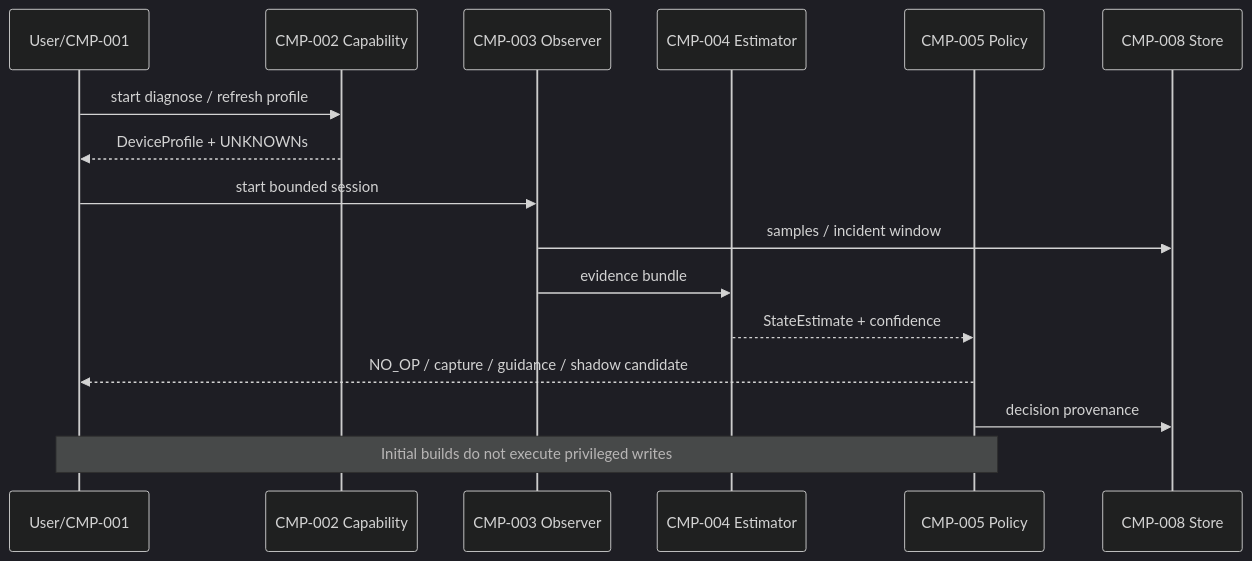
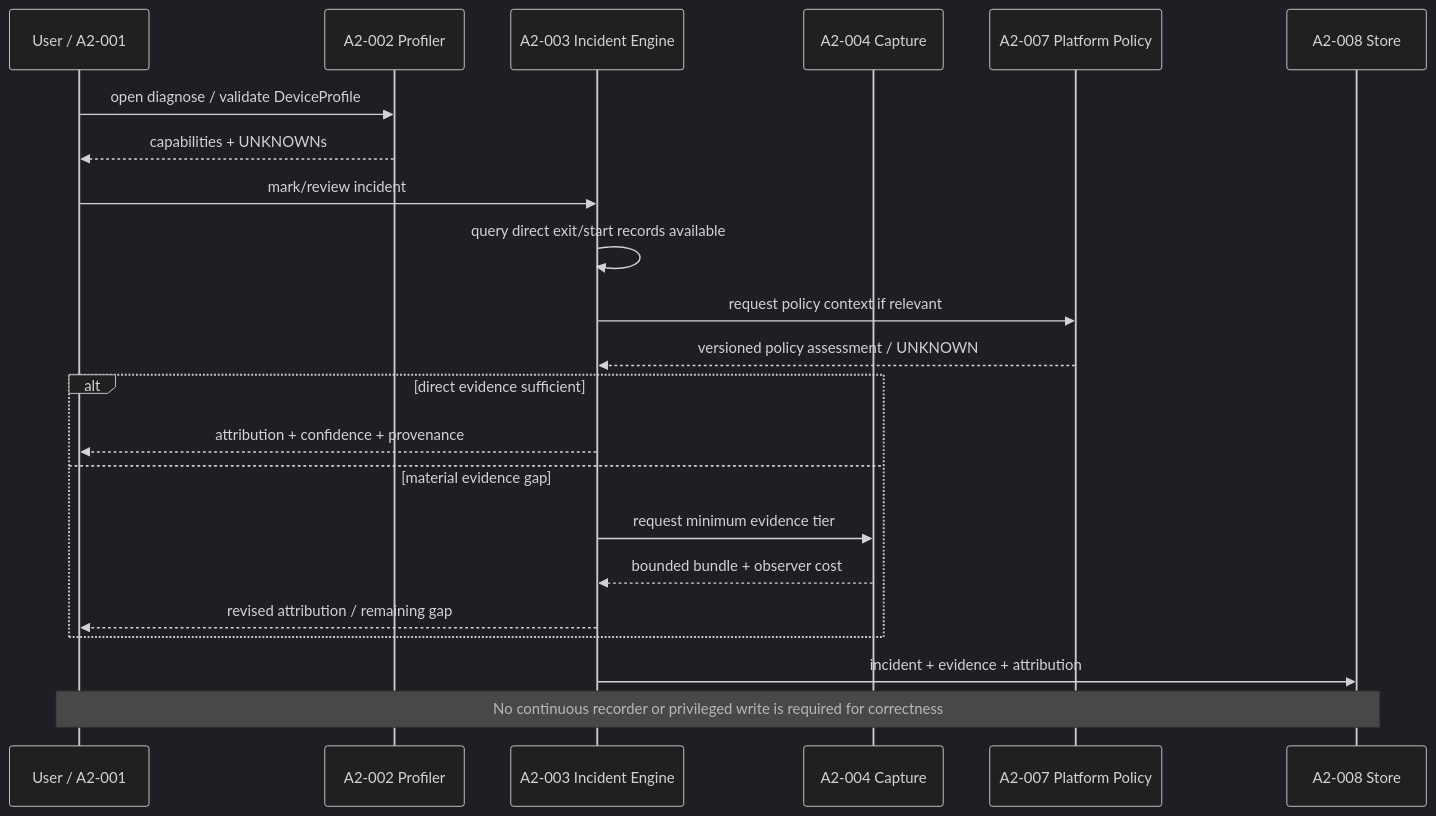
One commit to ahaggag037/research-system-brain2 changed the diagram in docs/visual/RUNTIME_NORMAL.mmd. Above: the diagram before and after it, drawn with Mermaid (dark theme). The commit also changed 6 other files, not shown here.

```diff
--- a/docs/visual/RUNTIME_NORMAL.mmd
+++ b/docs/visual/RUNTIME_NORMAL.mmd
@@ -1,16 +1,22 @@
 sequenceDiagram
-  participant U as User/CMP-001
-  participant C as CMP-002 Capability
-  participant O as CMP-003 Observer
-  participant E as CMP-004 Estimator
-  participant P as CMP-005 Policy
-  participant S as CMP-008 Store
-  U->>C: start diagnose / refresh profile
-  C-->>U: DeviceProfile + UNKNOWNs
-  U->>O: start bounded session
-  O->>S: samples / incident window
-  O->>E: evidence bundle
-  E-->>P: StateEstimate + confidence
-  P-->>U: NO_OP / capture / guidance / shadow candidate
-  P->>S: decision provenance
-  Note over U,P: Initial builds do not execute privileged writes
+  participant U as User / A2-001
+  participant P as A2-002 Profiler
+  participant I as A2-003 Incident Engine
+  participant C as A2-004 Capture
+  participant V as A2-007 Platform Policy
+  participant S as A2-008 Store
+  U->>P: open diagnose / validate DeviceProfile
+  P-->>U: capabilities + UNKNOWNs
+  U->>I: mark/review incident
+  I->>I: query direct exit/start records available
+  I->>V: request policy context if relevant
+  V-->>I: versioned policy assessment / UNKNOWN
+  alt direct evidence sufficient
+    I-->>U: attribution + confidence + provenance
+  else material evidence gap
+    I->>C: request minimum evidence tier
+    C-->>I: bounded bundle + observer cost
+    I-->>U: revised attribution / remaining gap
+  end
+  I->>S: incident + evidence + attribution
+  Note over U,S: No continuous recorder or privileged write is required for correctness
```
